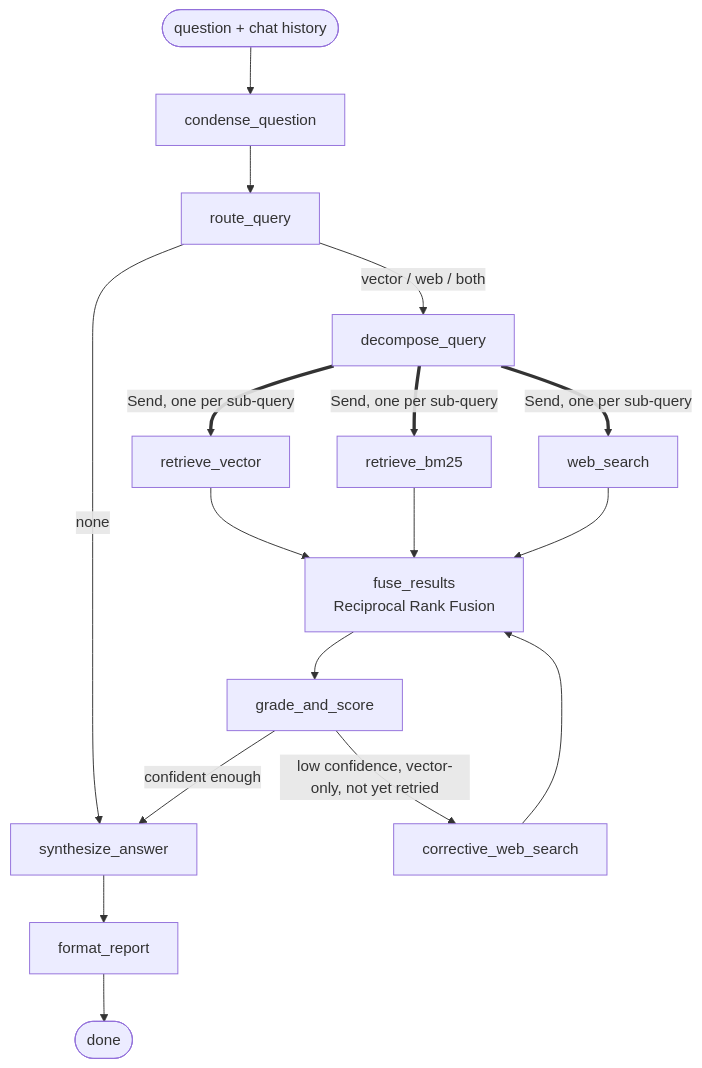
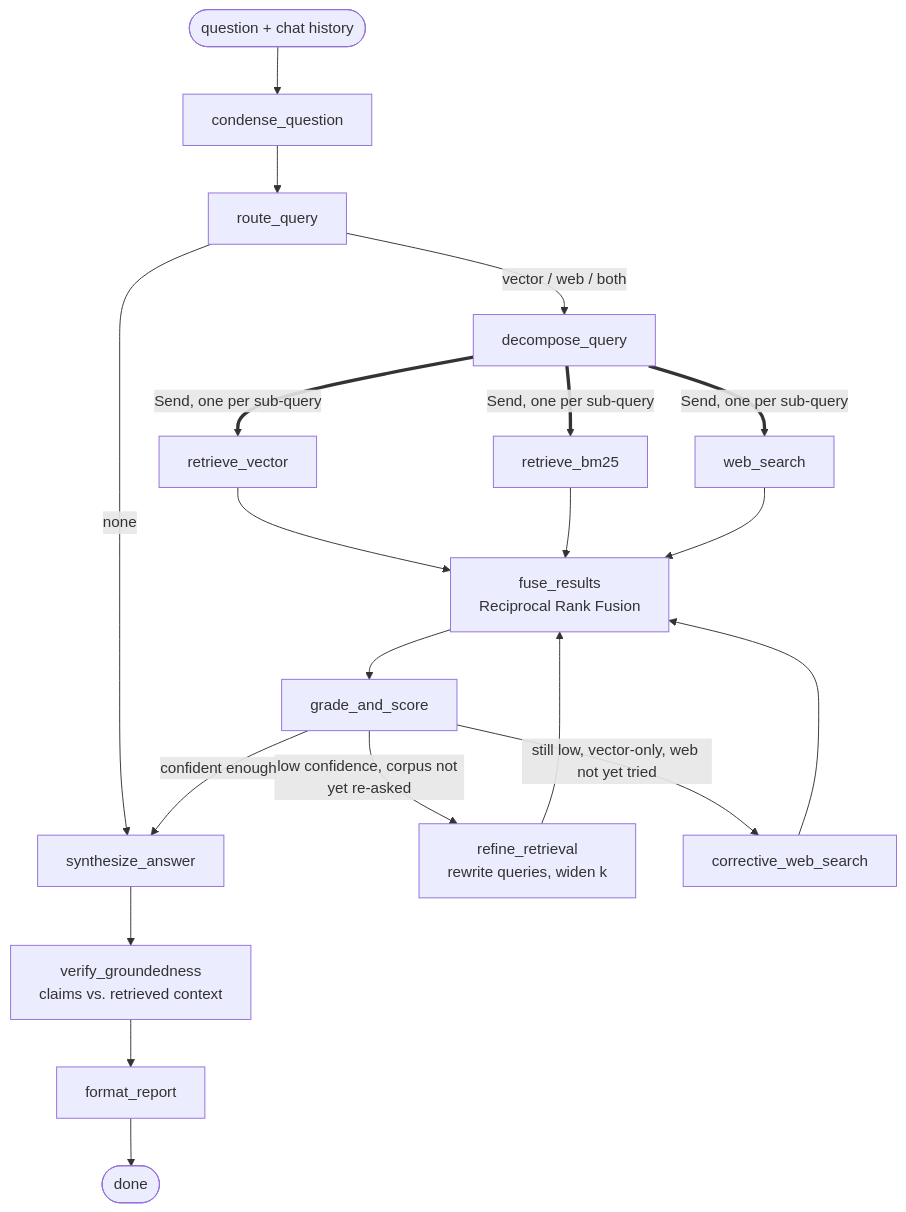
The diagram in README.md (richh-s/-adaptive-rag-research-assistant), drawn with Mermaid before and after one commit. The commit also changed other lines of this file and 117 other files, not shown here.

````diff
--- a/README.md
+++ b/README.md
@@ -115,23 +140,26 @@
 ```mermaid
 flowchart TD
     START([question + chat history]) --> condense[condense_question]
     condense --> route[route_query]
     route -- none --> synth[synthesize_answer]
     route -- vector / web / both --> decompose[decompose_query]
 
     decompose == Send, one per sub-query ==> retrieveVector[retrieve_vector]
     decompose == Send, one per sub-query ==> retrieveBM25[retrieve_bm25]
     decompose == Send, one per sub-query ==> webSearch[web_search]
 
     retrieveVector --> fuse[fuse_results\nReciprocal Rank Fusion]
     retrieveBM25 --> fuse
     webSearch --> fuse
 
     fuse --> grade[grade_and_score]
-    grade -- low confidence, vector-only, not yet retried --> corrective[corrective_web_search]
+    grade -- low confidence, corpus not yet re-asked --> refine[refine_retrieval\nrewrite queries, widen k]
+    refine --> fuse
+    grade -- still low, vector-only, web not yet tried --> corrective[corrective_web_search]
     corrective --> fuse
     grade -- confident enough --> synth
 
-    synth --> format[format_report]
+    synth --> verify[verify_groundedness\nclaims vs. retrieved context]
+    verify --> format[format_report]
     format --> DONE([done])
 ```
````
